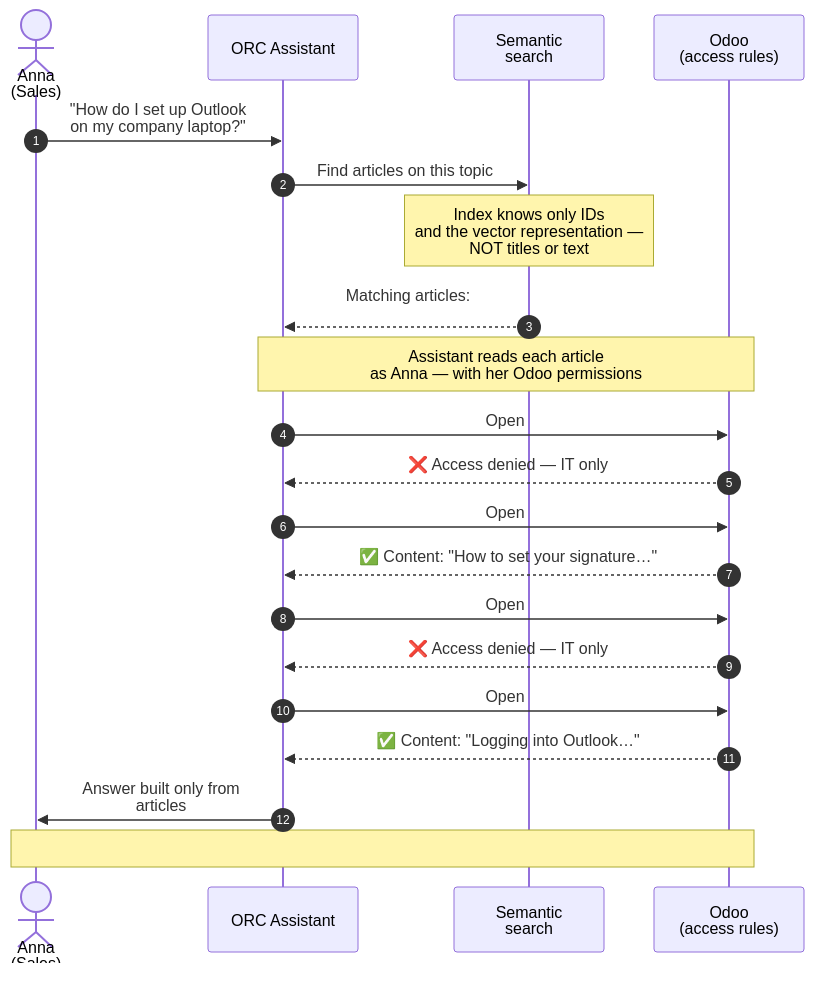
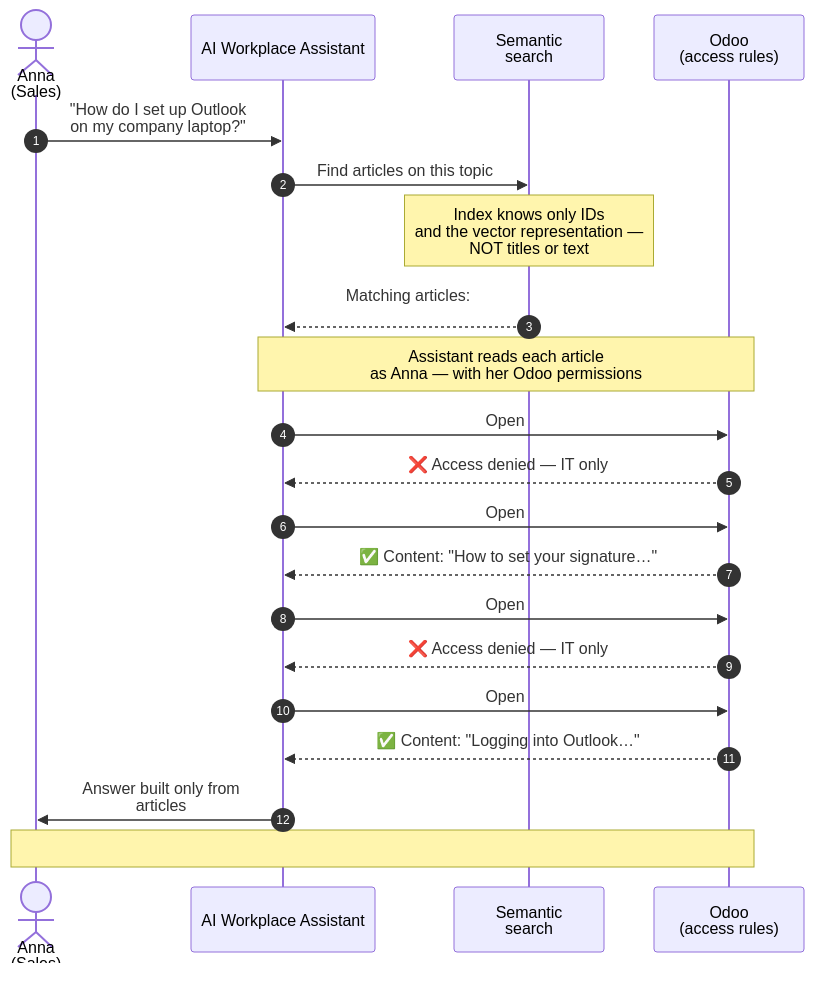
One commit to opsway/odoo-orc-client changed the diagram in orc_client_semantic_search/docs/semantic-search-security.md. Above: the diagram before and after it, drawn with Mermaid. The commit also changed other lines of this file and 48 other files, not shown here.

````diff
--- a/orc_client_semantic_search/docs/semantic-search-security.md
+++ b/orc_client_semantic_search/docs/semantic-search-security.md
@@ -51,33 +51,33 @@
 ```mermaid
 sequenceDiagram
     autonumber
     actor Anna as Anna<br/>(Sales)
-    participant Assistant as ORC Assistant
+    participant Assistant as AI Workplace Assistant
     participant Search as Semantic<br/>search
     participant Odoo as Odoo<br/>(access rules)
 
     Anna->>Assistant: "How do I set up Outlook<br/>on my company laptop?"
     Assistant->>Search: Find articles on this topic
 
     Note over Search: Index knows only IDs<br/>and the vector representation —<br/>NOT titles or text
 
     Search-->>Assistant: Matching articles:<br/>#287, #312, #401, #423
 
     Note over Assistant,Odoo: Assistant reads each article<br/>as Anna — with her Odoo permissions
 
     Assistant->>Odoo: Open #287 (as Anna)
     Odoo-->>Assistant: ❌ Access denied — IT only
 
     Assistant->>Odoo: Open #312 (as Anna)
     Odoo-->>Assistant: ✅ Content: "How to set your signature…"
 
     Assistant->>Odoo: Open #401 (as Anna)
     Odoo-->>Assistant: ❌ Access denied — IT only
 
     Assistant->>Odoo: Open #423 (as Anna)
     Odoo-->>Assistant: ✅ Content: "Logging into Outlook…"
 
     Assistant->>Anna: Answer built only from<br/>articles #312 and #423
 
     Note over Anna,Odoo: #287 and #401 remain undisclosed —<br/>Anna does not even know they existed
 ```
````
